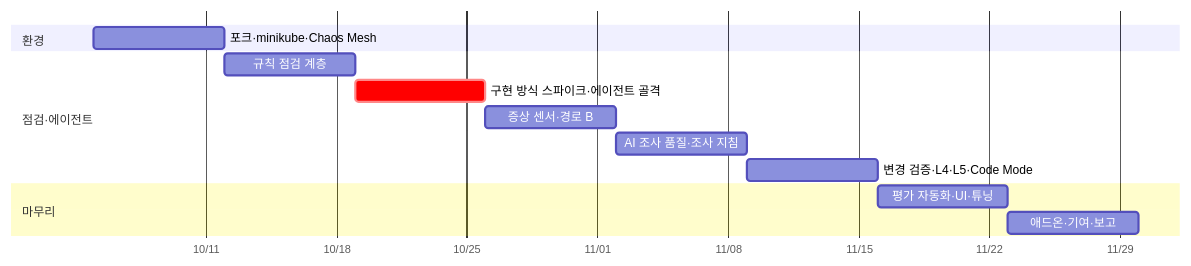
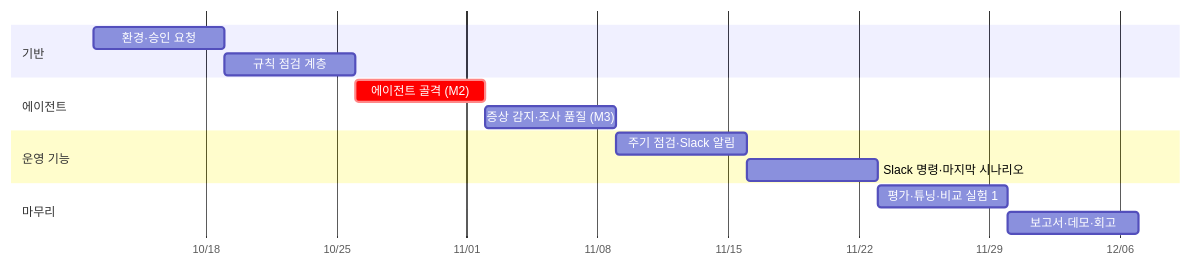
One commit to skax-jihyeryu/KubeGuardian changed the diagram in docs/02-execution-plan.md. Above: the diagram before and after it, drawn with Mermaid. The commit also changed other lines of this file, not shown here.

````diff
--- a/docs/02-execution-plan.md
+++ b/docs/02-execution-plan.md
@@ -260,16 +248,17 @@
 ```mermaid
 gantt
     dateFormat YYYY-MM-DD
     axisFormat %m/%d
-    section 환경
-    포크·minikube·Chaos Mesh :w1, 2026-10-05, 7d
-    section 점검·에이전트
+    section 기반
+    환경·승인 요청 :w1, 2026-10-12, 7d
     규칙 점검 계층 :w2, after w1, 7d
-    구현 방식 스파이크·에이전트 골격 :crit, w3, after w2, 7d
-    증상 센서·경로 B :w4, after w3, 7d
-    AI 조사 품질·조사 지침 :w5, after w4, 7d
-    변경 검증·L4·L5·Code Mode :w6, after w5, 7d
+    section 에이전트
+    에이전트 골격 (M2) :crit, w3, after w2, 7d
+    증상 감지·조사 품질 (M3) :w4, after w3, 7d
+    section 운영 기능
+    주기 점검·Slack 알림 :w5, after w4, 7d
+    Slack 명령·마지막 시나리오 :w6, after w5, 7d
     section 마무리
-    평가 자동화·UI·튜닝 :w7, after w6, 7d
-    애드온·기여·보고 :w8, after w7, 7d
+    평가·튜닝·비교 실험 1 :w7, after w6, 7d
+    보고서·데모·회고 :w8, after w7, 7d
 ```
````
